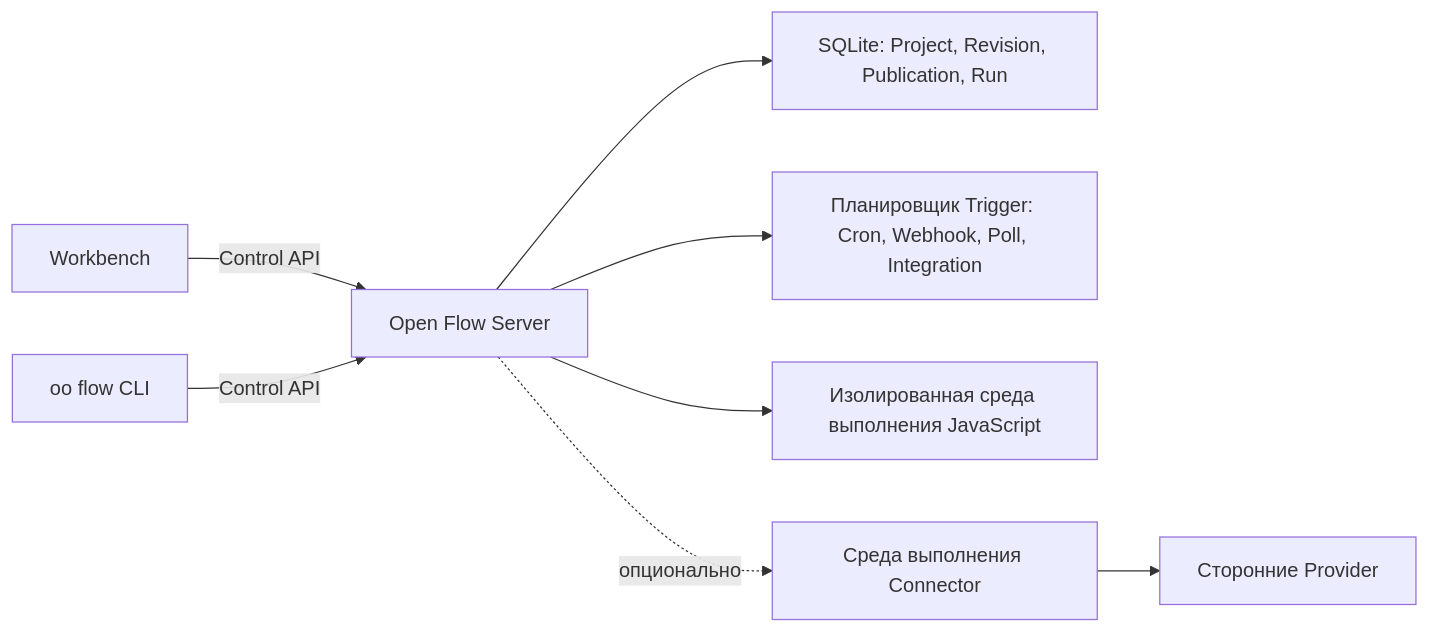
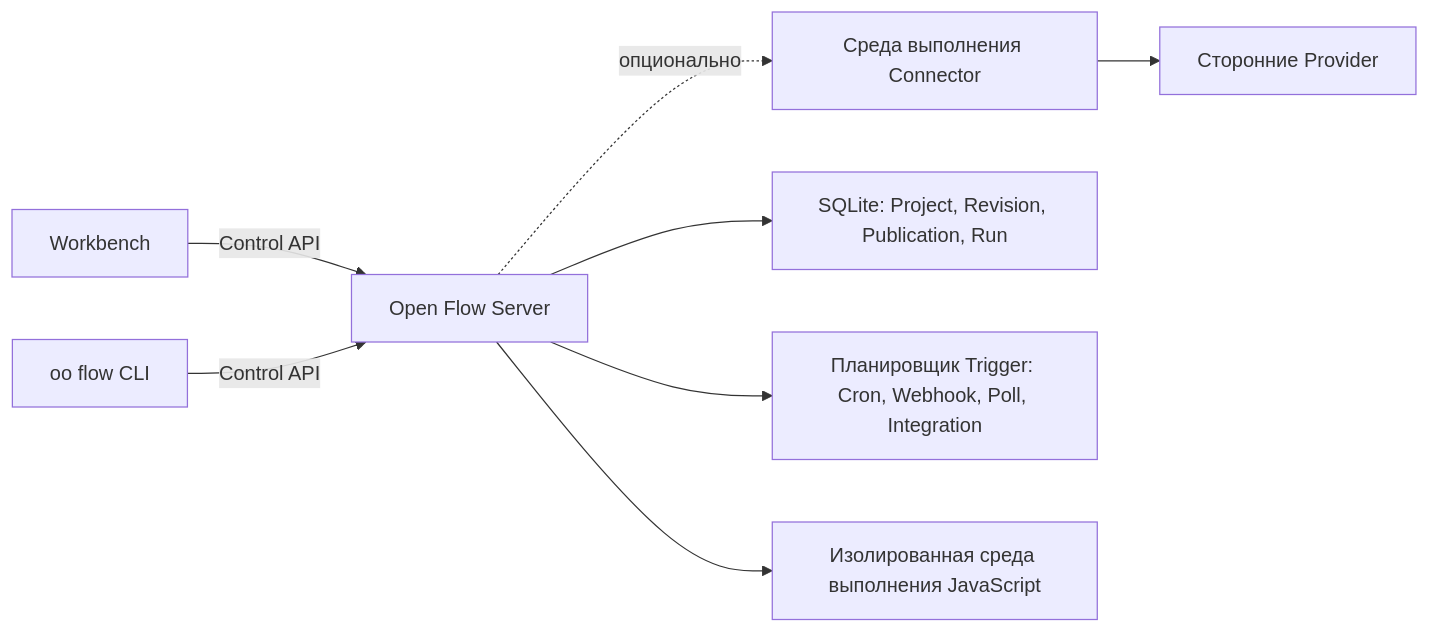
Before and after one commit to l1shen/open-flow-oomo-lab: the diagram in docs/README.ru.md, drawn with Mermaid. The commit also changed other lines of this file and 6 other files, not shown here.

First line of the commit message:
Fix README architecture diagram layout (#19)

````diff
--- a/docs/README.ru.md
+++ b/docs/README.ru.md
@@ -59,10 +59,10 @@
 ```mermaid
 flowchart LR
   Workbench["Workbench"] -->|"Control API"| Server["Open Flow Server"]
   CLI["oo flow CLI"] -->|"Control API"| Server
+  Server -. "опционально" .-> Connector["Среда выполнения Connector"]
+  Connector --> Providers["Сторонние Provider"]
   Server --> Store["SQLite: Project, Revision, Publication, Run"]
   Server --> Triggers["Планировщик Trigger: Cron, Webhook, Poll, Integration"]
   Server --> Runtime["Изолированная среда выполнения JavaScript"]
-  Server -. "опционально" .-> Connector["Среда выполнения Connector"]
-  Connector --> Providers["Сторонние Provider"]
 ```
````
